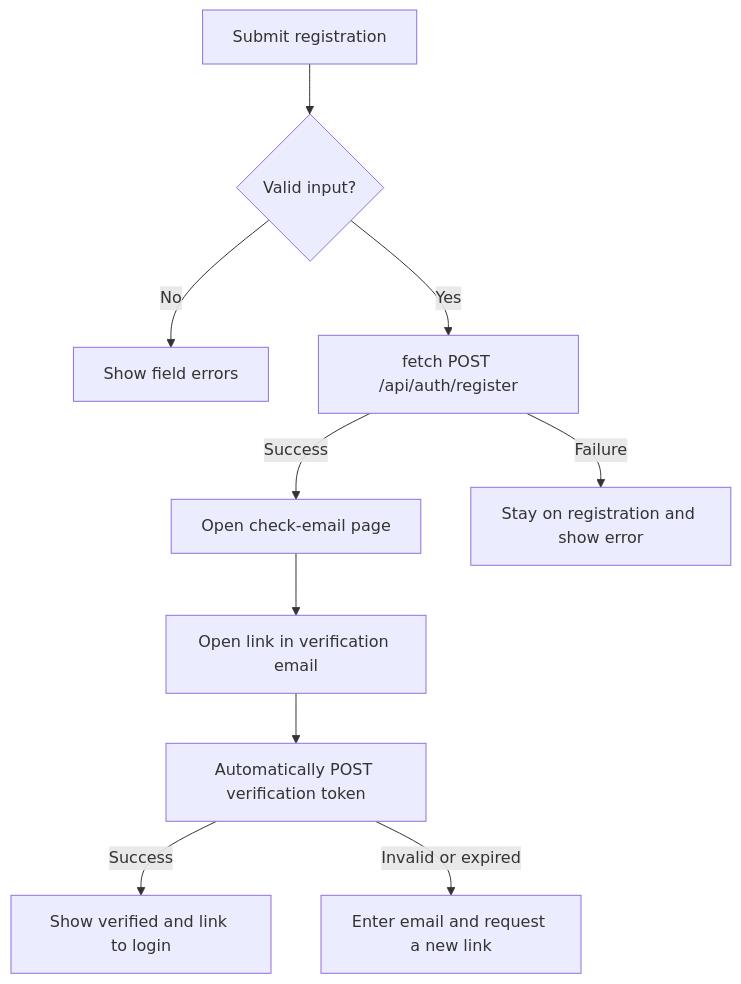
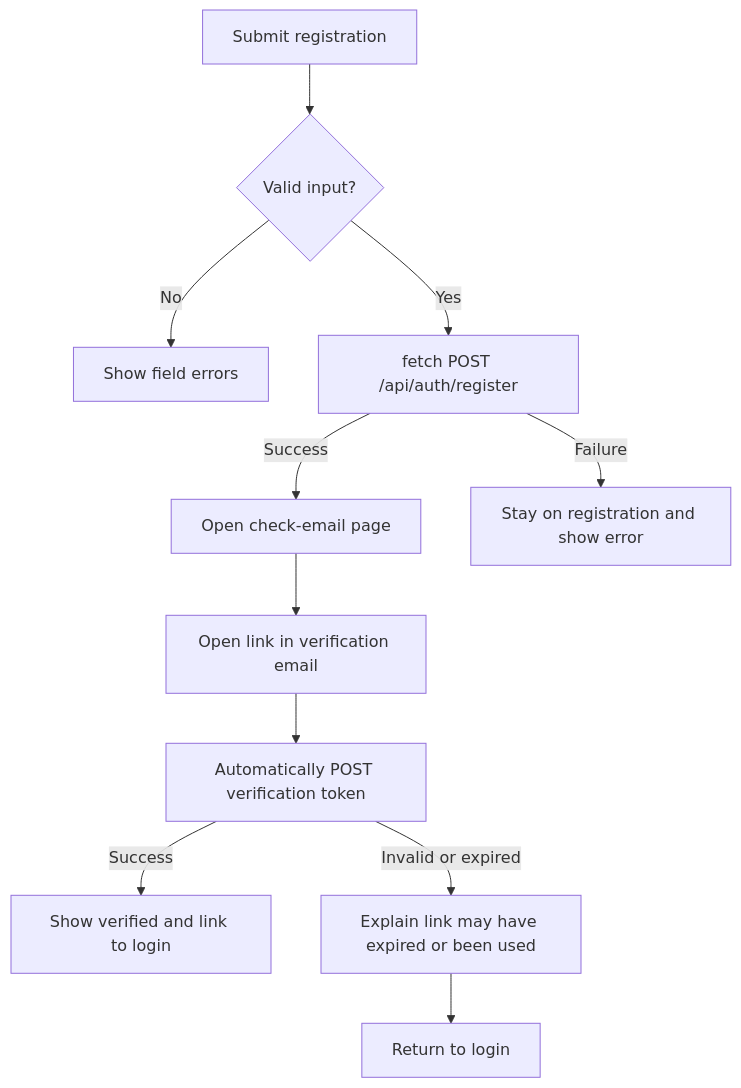
One commit to AY2627S1-CS3219-P24/FoC changed the second of 6 diagrams in frontend/src/features/auth/auth-flow.md. Above: the diagram before and after it, drawn with Mermaid. The commit also changed other lines of this file and 7 other files, not shown here.

````diff
--- a/frontend/src/features/auth/auth-flow.md
+++ b/frontend/src/features/auth/auth-flow.md
@@ -46,12 +46,13 @@
 ```mermaid
 flowchart TD
     Submit[Submit registration] --> Validate{Valid input?}
     Validate -->|No| Fields[Show field errors]
     Validate -->|Yes| Request[fetch POST /api/auth/register]
     Request -->|Success| Check[Open check-email page]
     Request -->|Failure| Error[Stay on registration and show error]
     Check --> Mail[Open link in verification email]
     Mail --> Verify[Automatically POST verification token]
     Verify -->|Success| Login[Show verified and link to login]
-    Verify -->|Invalid or expired| Resend[Enter email and request a new link]
+    Verify -->|Invalid or expired| Unavailable[Explain link may have expired or been used]
+    Unavailable --> Return[Return to login]
 ```
````
